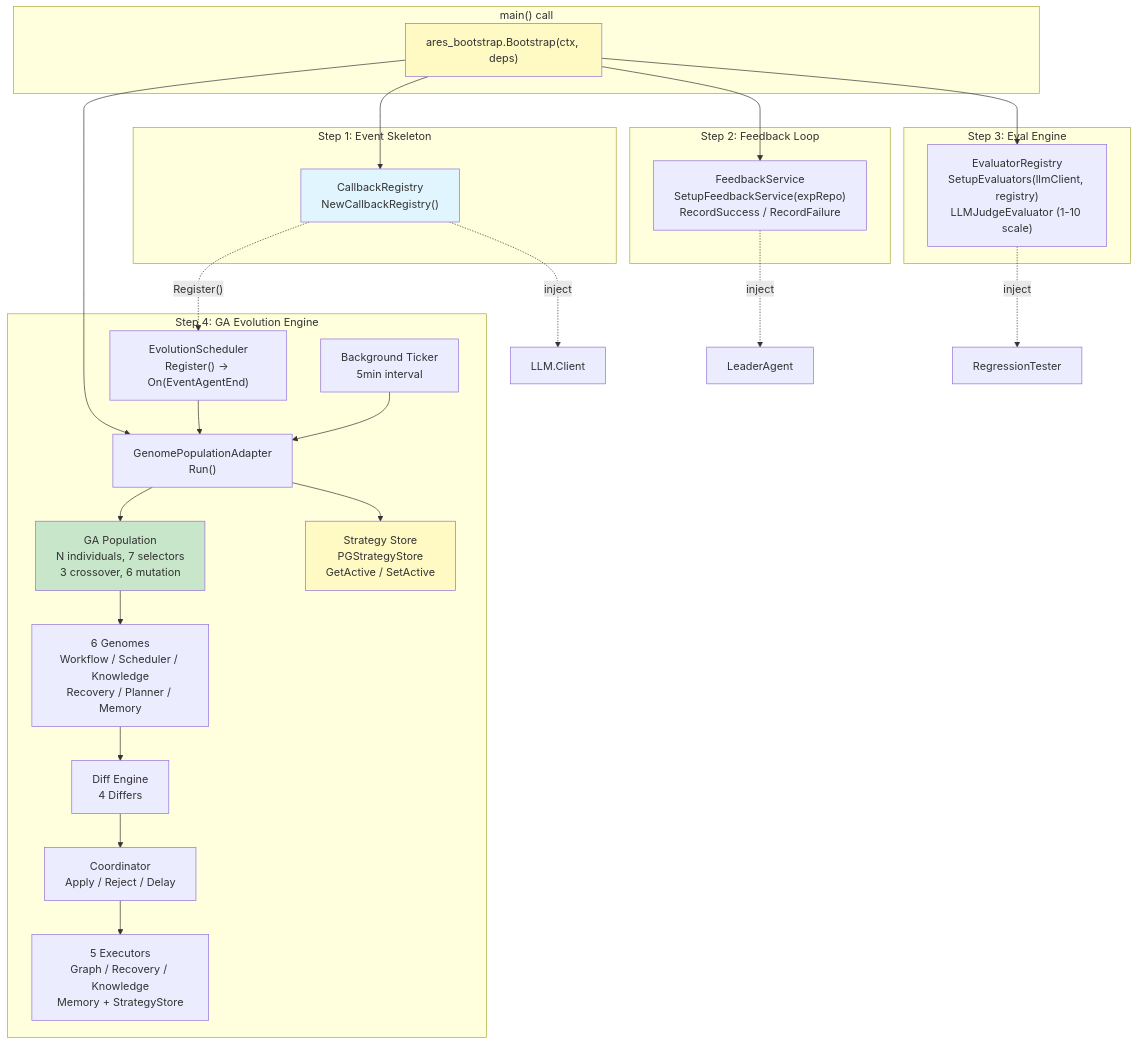
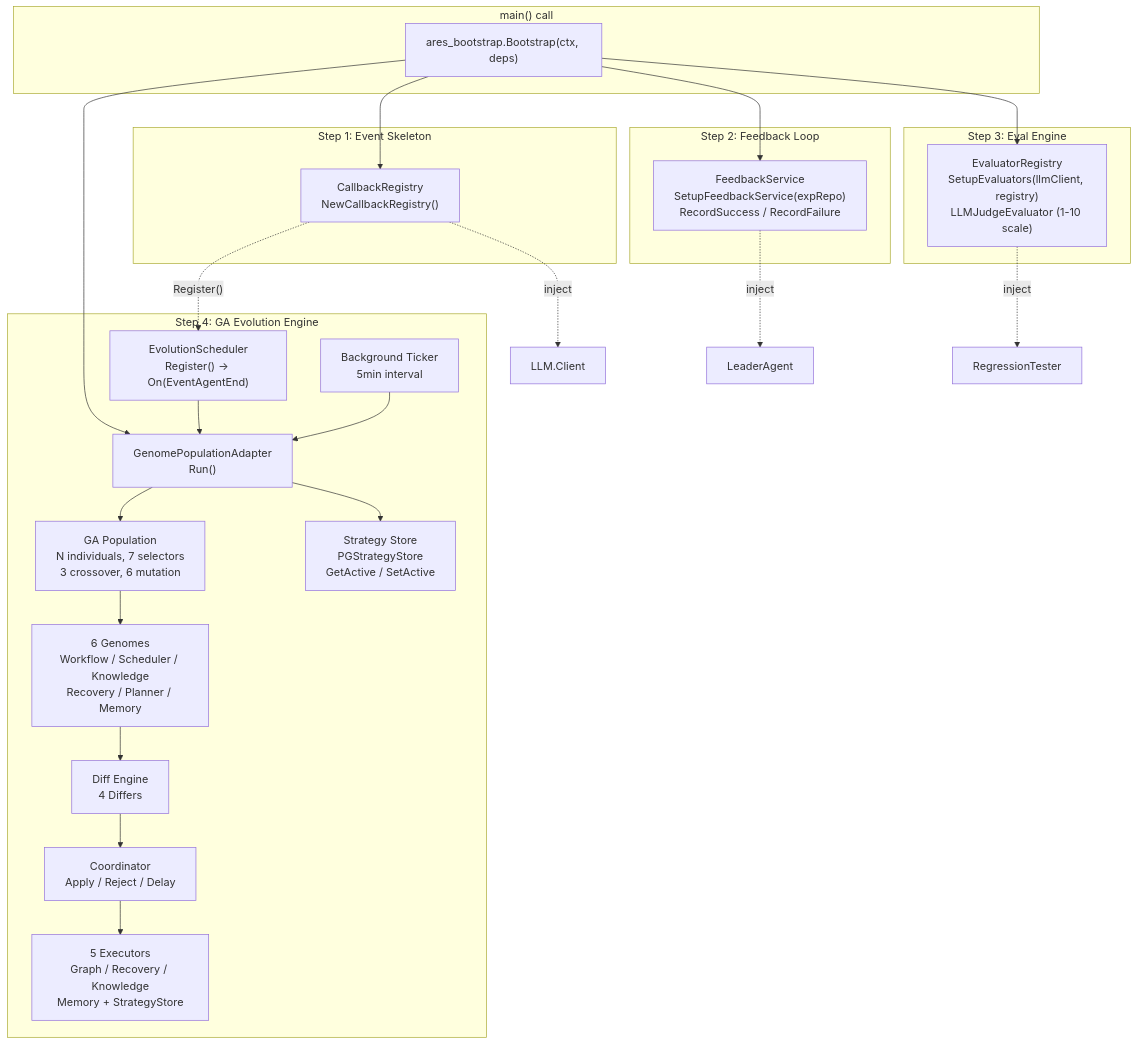
One commit to Timwood0x10/myblog changed the third of 9 diagrams in content/log/ARES/11-autonomous-evolution-deep-dive.md. Above: the diagram before and after it, drawn with Mermaid. The commit also changed other lines of this file and 11 other files, not shown here.

Commit message:
refactor(theme): unify Mermaid chart theme styles

````diff
--- a/content/log/ARES/11-autonomous-evolution-deep-dive.md
+++ b/content/log/ARES/11-autonomous-evolution-deep-dive.md
@@ -638,54 +635,50 @@
 ```mermaid
 graph TB
     subgraph "main() call"
         MAIN["ares_bootstrap.Bootstrap(ctx, deps)"]
     end
 
     subgraph "Step 1: Event Skeleton"
         CR["CallbackRegistry<br/>NewCallbackRegistry()"]
     end
 
     subgraph "Step 2: Feedback Loop"
         FS["FeedbackService<br/>SetupFeedbackService(expRepo)<br/>RecordSuccess / RecordFailure"]
     end
 
     subgraph "Step 3: Eval Engine"
         ER["EvaluatorRegistry<br/>SetupEvaluators(llmClient, registry)<br/>LLMJudgeEvaluator (1-10 scale)"]
     end
 
     subgraph "Step 4: GA Evolution Engine"
         TICKER["Background Ticker<br/>5min interval"]
         SCHED2["EvolutionScheduler<br/>Register() -> On(EventAgentEnd)"]
         GA["GA Population<br/>N individuals, 7 selectors<br/>3 crossover, 6 mutation"]
         ADAPTER["GenomePopulationAdapter<br/>Run()"]
         GENOMES["6 Genomes<br/>Workflow / Scheduler / Knowledge<br/>Recovery / Planner / Memory"]
         DIFF["Diff Engine<br/>4 Differs"]
         COORD["Coordinator<br/>Apply / Reject / Delay"]
         EXECS["5 Executors<br/>Graph / Recovery / Knowledge<br/>Memory + StrategyStore"]
         SS["Strategy Store<br/>PGStrategyStore<br/>GetActive / SetActive"]
     end
 
     TICKER --> ADAPTER
     SCHED2 --> ADAPTER
     ADAPTER --> GA
     GA --> GENOMES
     GENOMES --> DIFF
     DIFF --> COORD
     COORD --> EXECS
     ADAPTER --> SS
 
     MAIN --> CR
     MAIN --> FS
     MAIN --> ER
     MAIN --> ADAPTER
 
     CR -.-> |"inject"| AGENT1["LLM.Client"]
     CR -.-> |"Register()"| SCHED2
     FS -.-> |"inject"| AGENT3["LeaderAgent"]
     ER -.-> |"inject"| ARENA["RegressionTester"]
 
-    style MAIN fill:#fff9c4
-    style CR fill:#e1f5fe
-    style GA fill:#c8e6c9
-    style SS fill:#fff9c4
 ```
````
